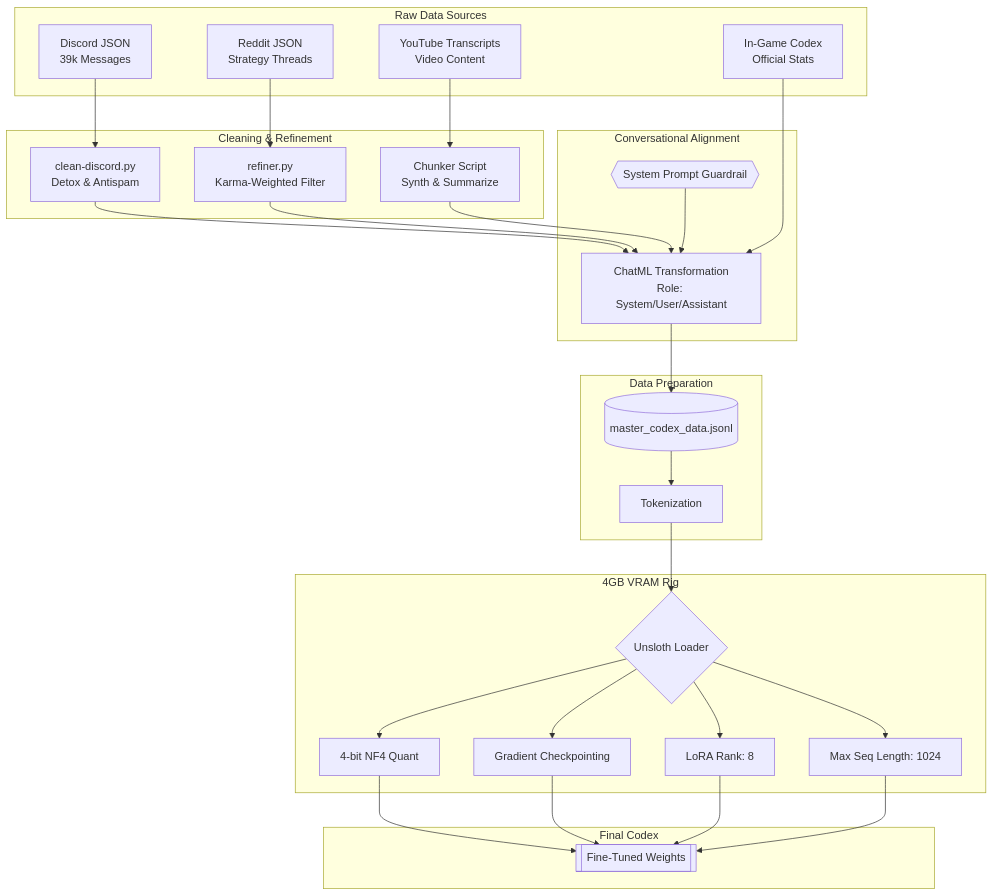
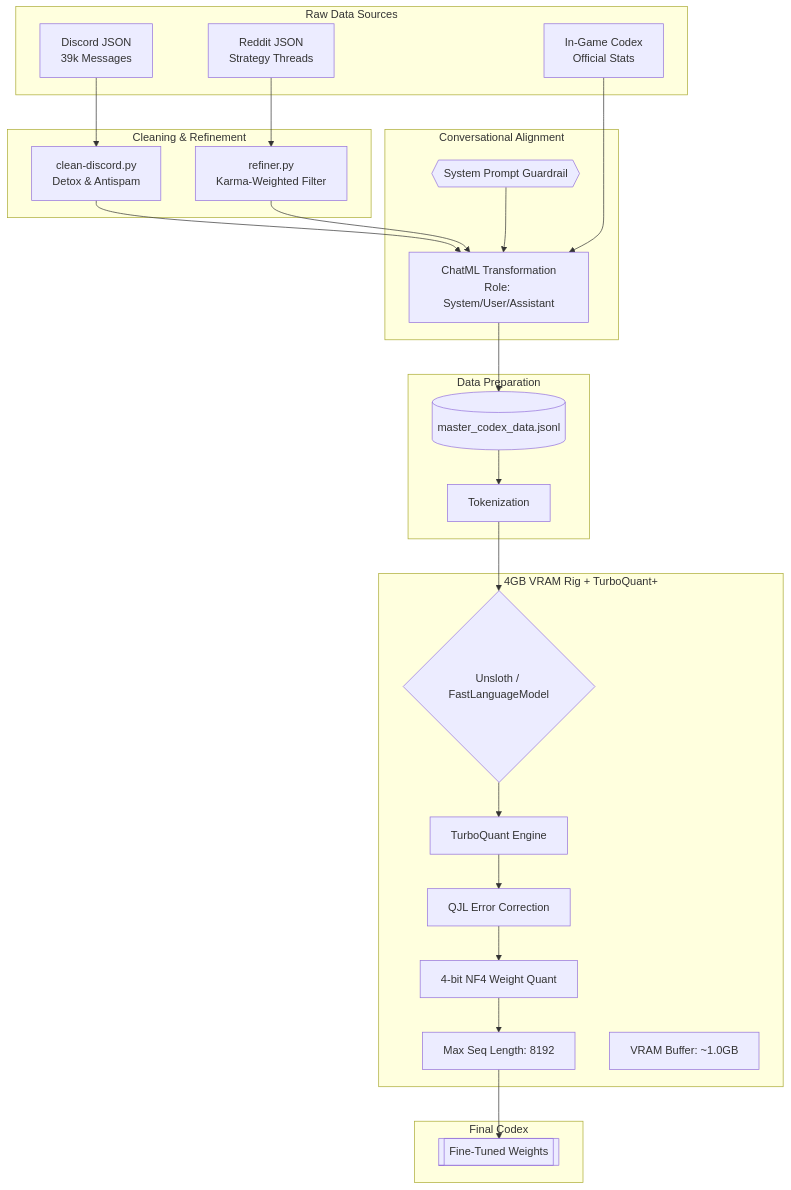
One commit to andrewjee81/ZombieWaves-AI-Codex changed the diagram in README.md. Above: the diagram before and after it, drawn with Mermaid. The commit also changed other lines of this file and 8 other files, not shown here.

````diff
--- a/README.md
+++ b/README.md
@@ -21,67 +21,64 @@
 ```mermaid
 graph TD
     %% Source Layer
     subgraph Sources [Raw Data Sources]
         D_Raw[Discord JSON<br/>39k Messages]
         R_Raw[Reddit JSON<br/>Strategy Threads]
-        Y_Raw[YouTube Transcripts<br/>Video Content]
         G_Raw[In-Game Codex<br/>Official Stats]
     end
 
     %% Processing Layer
     subgraph Processing [Cleaning & Refinement]
         D_Clean[clean-discord.py<br/>Detox & Antispam]
         R_Refine[refiner.py<br/>Karma-Weighted Filter]
-        Y_Chunk[Chunker Script<br/>Synth & Summarize]
     end
 
     %% Transformation Layer
     subgraph Transformation [Conversational Alignment]
         System_Prompt{{System Prompt Guardrail}}
         ChatML_Conv[ChatML Transformation<br/>Role: System/User/Assistant]
     end
 
     %% Data Preparation Layer
     subgraph Data_Prep [Data Preparation]
         Master_File[(master_codex_data.jsonl)]
         Tokenize[Tokenization]
     end
 
-    %% GPU Optimization Layer
-    subgraph GPU_Optimization [4GB VRAM Rig]
-        Loader{Unsloth Loader}
-        NF4[4-bit NF4 Quant]
-        GRAD[Gradient Checkpointing]
-        RANK[LoRA Rank: 8]
-        MSL[Max Seq Length: 1024]
+    %% GPU Optimization Layer (Updated v6.2 - Google 2026)
+    subgraph GPU_Optimization [4GB VRAM Rig + TurboQuant+]
+        Loader{Unsloth / FastLanguageModel}
+        TQ_Core[TurboQuant Engine]
+        QJL_Fix[QJL Error Correction]
+        NF4[4-bit NF4 Weight Quant]
+        MSL[Max Seq Length: 8192]
+        VRAM_BUF[VRAM Buffer: ~1.0GB]
     end
 
     %% Final Output
     subgraph Result [Final Codex]
         Final_Weights[[Fine-Tuned Weights]]
     end
 
     %% Main Flow Connections
     D_Raw --> D_Clean
     R_Raw --> R_Refine
-    Y_Raw --> Y_Chunk
     G_Raw --> ChatML_Conv
 
     D_Clean --> ChatML_Conv
     R_Refine --> ChatML_Conv
-    Y_Chunk --> ChatML_Conv
 
     System_Prompt --> ChatML_Conv
     ChatML_Conv --> Master_File
     Master_File --> Tokenize
     Tokenize --> Loader
 
     %% Optimization Connections
-    Loader --> NF4
-    Loader --> GRAD
-    Loader --> RANK
-    Loader --> MSL
+    Loader --> TQ_Core
+    TQ_Core --> QJL_Fix
+    QJL_Fix --> NF4
+    NF4 --> MSL
 
     %% Finalizing
-    NF4 & GRAD & RANK & MSL --> Final_Weights
+    MSL --> Final_Weights
 ```
````
